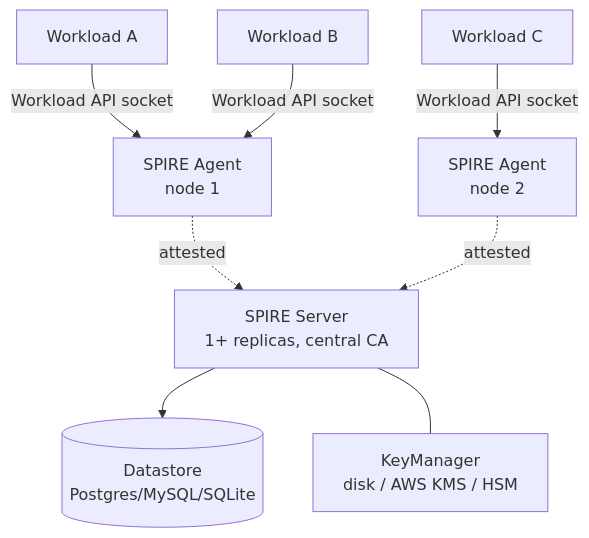
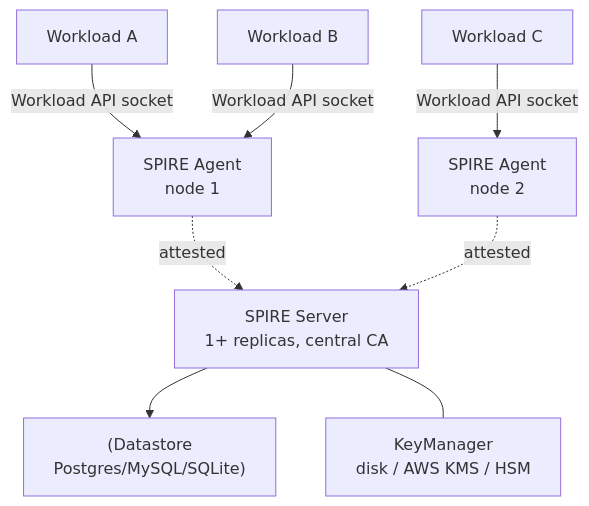
One commit to srinivaskona7/devops-learning changed the third of 5 diagrams in 06-security/11-zero-trust-mesh/deep-dive-spiffe-spire.md. Above: the diagram before and after it, drawn with Mermaid. The commit also changed other lines of this file and 220 other files, not shown here.

````diff
--- a/06-security/11-zero-trust-mesh/deep-dive-spiffe-spire.md
+++ b/06-security/11-zero-trust-mesh/deep-dive-spiffe-spire.md
@@ -75,10 +75,10 @@
 ```mermaid
 flowchart TB
-    SS[SPIRE Server<br/>1+ replicas, central CA] --> DS[(Datastore<br/>Postgres/MySQL/SQLite)]
-    SS --- KS[KeyManager<br/>disk / AWS KMS / HSM]
-    A1[SPIRE Agent<br/>node 1] -.attested.-> SS
-    A2[SPIRE Agent<br/>node 2] -.attested.-> SS
+    SS["SPIRE Server<br/>1+ replicas, central CA"] --> DS["(Datastore<br/>Postgres/MySQL/SQLite)"]
+    SS --- KS["KeyManager<br/>disk / AWS KMS / HSM"]
+    A1["SPIRE Agent<br/>node 1"] -.attested.-> SS
+    A2["SPIRE Agent<br/>node 2"] -.attested.-> SS
     W1[Workload A] -->|Workload API socket| A1
     W2[Workload B] -->|Workload API socket| A1
     W3[Workload C] -->|Workload API socket| A2
 ```
````
